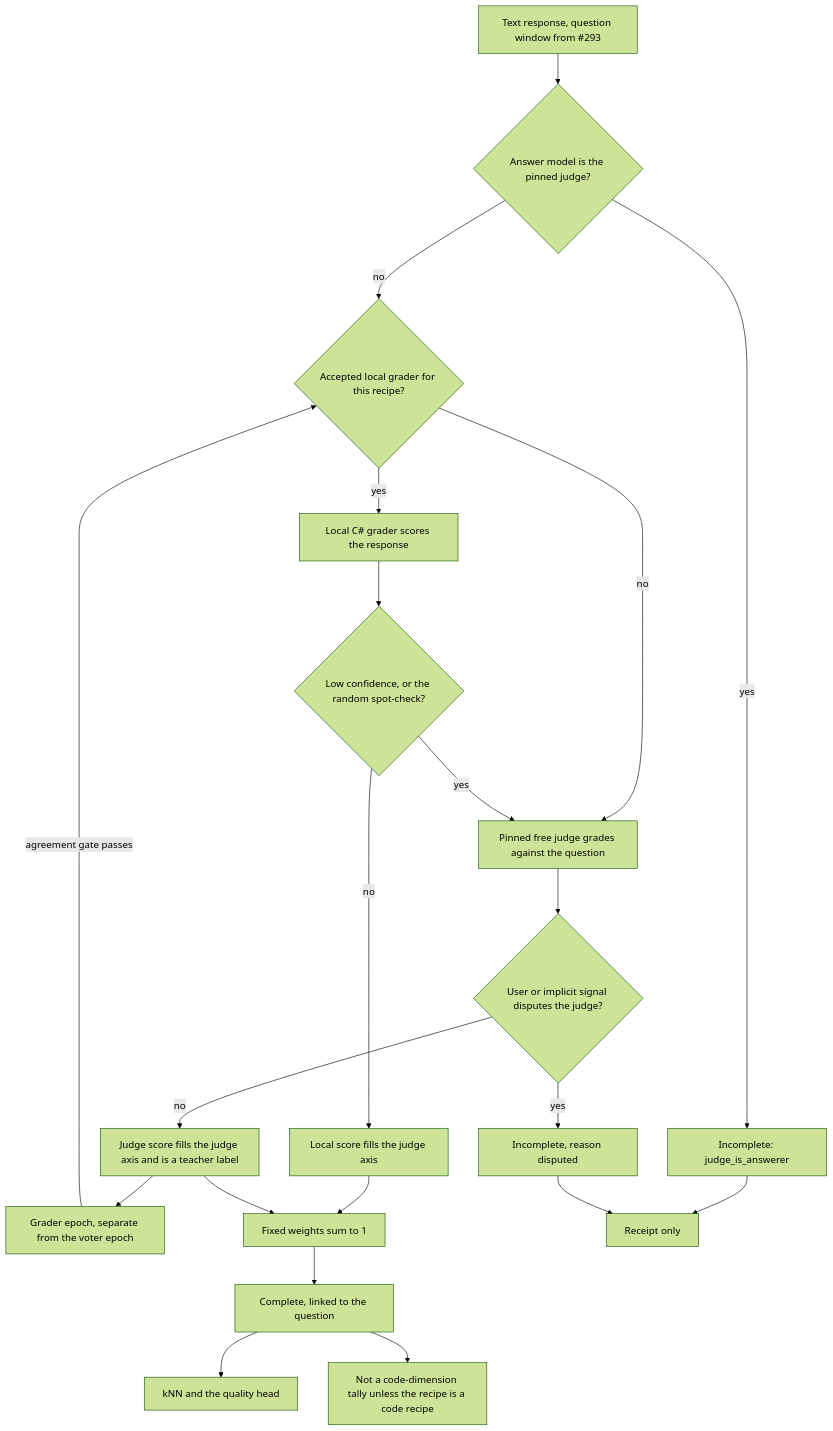
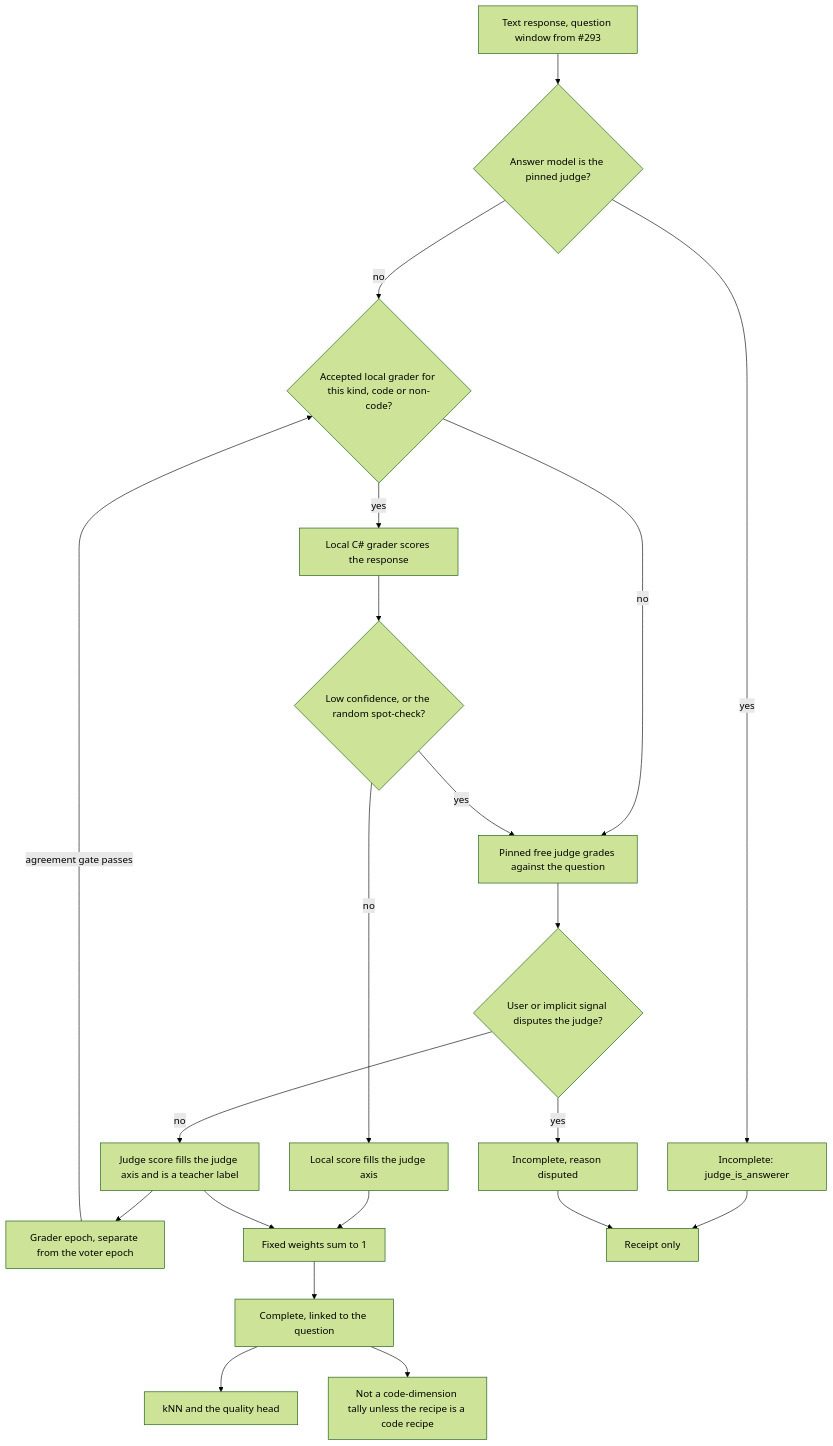
One commit to davidpizon/TotallyHot-ArcRouter changed the second of 3 diagrams in docs/plans/issue-304-grade-non-coding-responses.md. Above: the diagram before and after it, drawn with Mermaid (forest theme). The commit also changed other lines of this file, not shown here.

````diff
--- a/docs/plans/issue-304-grade-non-coding-responses.md
+++ b/docs/plans/issue-304-grade-non-coding-responses.md
@@ -69,23 +70,23 @@
 ```mermaid
 flowchart TD
     R[Text response, question window from #293] --> EX{Answer model is the pinned judge?}
     EX -->|yes| BAN[Incomplete: judge_is_answerer]
-    EX -->|no| LOC{Accepted local grader for this recipe?}
+    EX -->|no| LOC{Accepted local grader for this kind, code or non-code?}
     LOC -->|no| J[Pinned free judge grades against the question]
     LOC -->|yes| LG[Local C# grader scores the response]
     LG --> CONF{Low confidence, or the random spot-check?}
     CONF -->|no| S[Local score fills the judge axis]
     CONF -->|yes| J
     J --> DISP{User or implicit signal disputes the judge?}
     DISP -->|yes| D[Incomplete, reason disputed]
     DISP -->|no| T[Judge score fills the judge axis and is a teacher label]
     T --> GE[Grader epoch, separate from the voter epoch]
     GE -->|agreement gate passes| LOC
     S --> AGG[Fixed weights sum to 1]
     T --> AGG
     AGG --> OK[Complete, linked to the question]
     OK --> MEM[kNN and the quality head]
     OK --> NOT[Not a code-dimension tally unless the recipe is a code recipe]
     BAN --> REC[Receipt only]
     D --> REC
 ```
````
